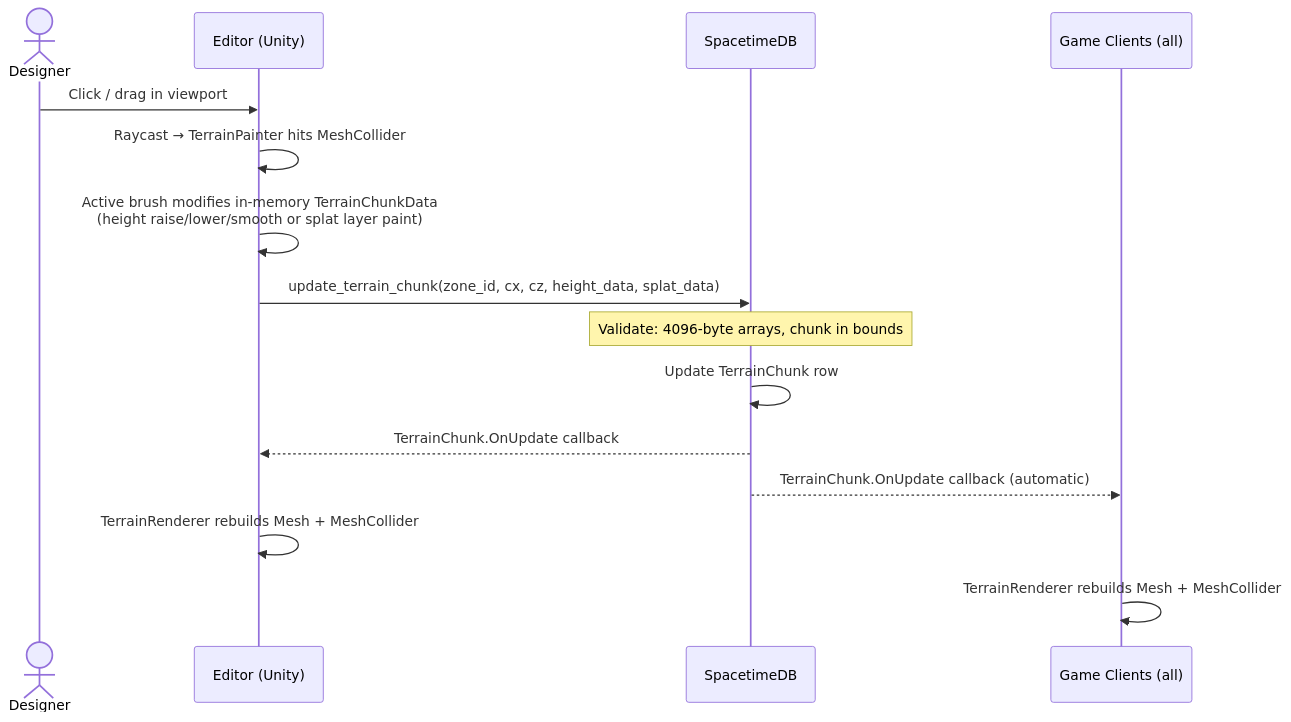
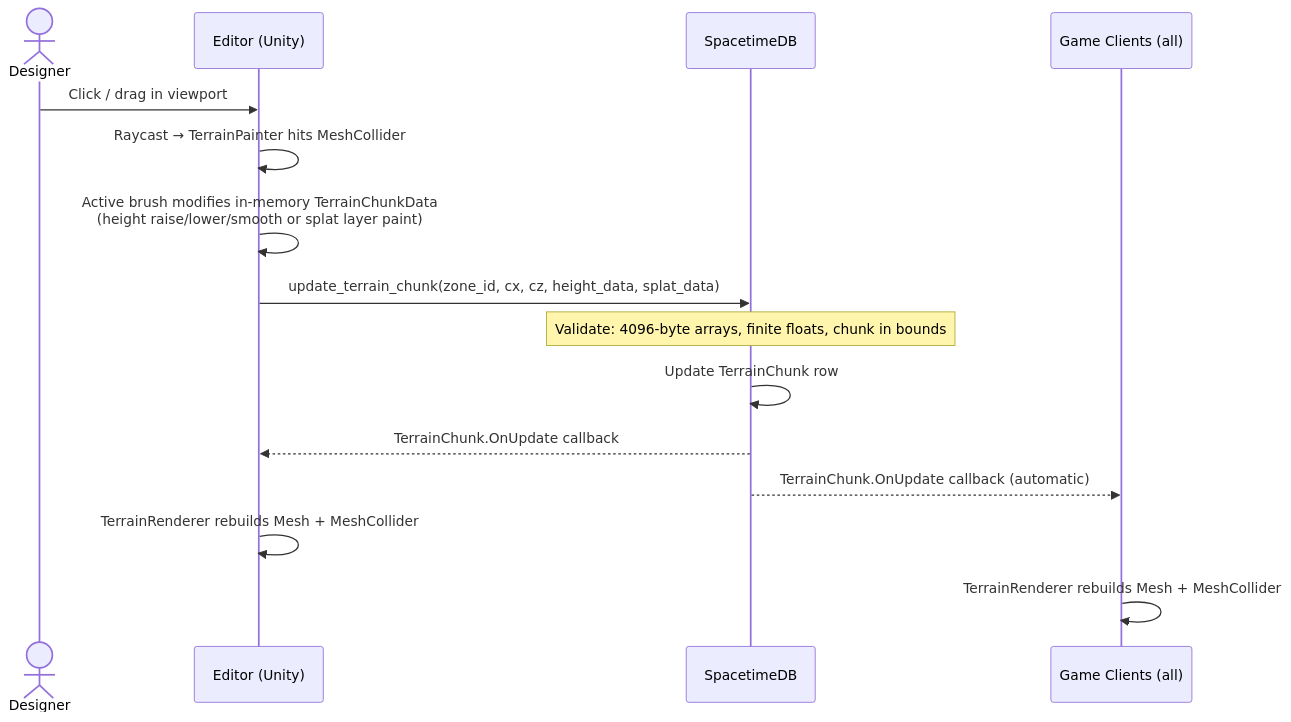
Before and after one commit to bjsmithxyz/zoneforge: the third of 8 diagrams in docs/architecture/Diagrams.md, drawn with Mermaid. The commit also changed other lines of this file and 11 other files, not shown here.

First line of the commit message:
docs: refresh all docs for Phase 5 (architecture, design, guides, ADRs)

````diff
--- a/docs/architecture/Diagrams.md
+++ b/docs/architecture/Diagrams.md
@@ -160,18 +320,18 @@
 ```mermaid
 sequenceDiagram
     actor       D  as Designer
     participant Ed as Editor (Unity)
     participant S  as SpacetimeDB
     participant Cl as Game Clients (all)
 
     D  ->>  Ed : Click / drag in viewport
     Ed ->>  Ed : Raycast → TerrainPainter hits MeshCollider
     Ed ->>  Ed : Active brush modifies in-memory TerrainChunkData<br/>(height raise/lower/smooth or splat layer paint)
     Ed ->>  S  : update_terrain_chunk(zone_id, cx, cz, height_data, splat_data)
-    Note over S : Validate: 4096-byte arrays, chunk in bounds
+    Note over S : Validate: 4096-byte arrays, finite floats, chunk in bounds
     S  ->>  S  : Update TerrainChunk row
     S  -->> Ed : TerrainChunk.OnUpdate callback
     S  -->> Cl : TerrainChunk.OnUpdate callback (automatic)
     Ed ->>  Ed : TerrainRenderer rebuilds Mesh + MeshCollider
     Cl ->>  Cl : TerrainRenderer rebuilds Mesh + MeshCollider
 ```
````
